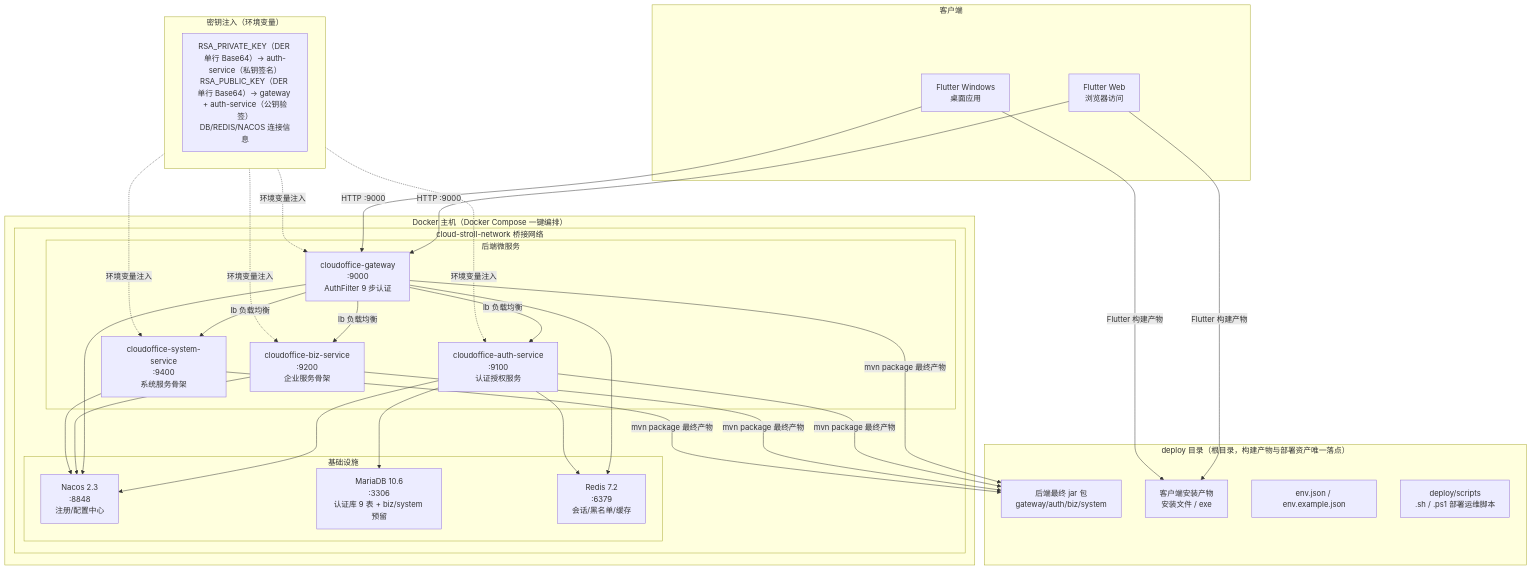
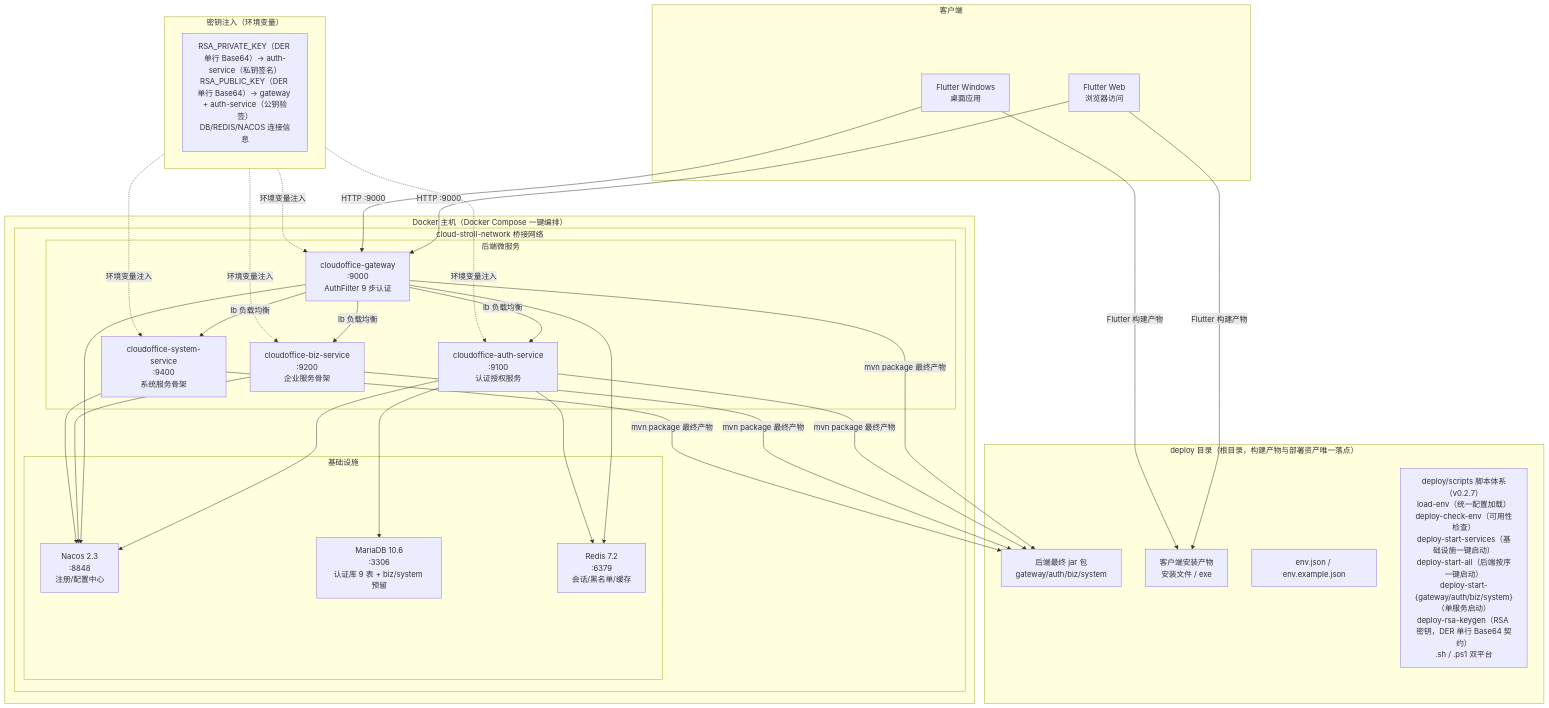
The fourth of 7 diagrams in docs/sad.md (CloudStrolling/CloudStrollOffice), drawn with Mermaid before and after one commit. The commit also changed other lines of this file and 110 other files, not shown here.

````diff
--- a/docs/sad.md
+++ b/docs/sad.md
@@ -153,57 +155,57 @@
 ```mermaid
 flowchart TB
     subgraph DockerHost["Docker 主机（Docker Compose 一键编排）"]
         subgraph Net["cloud-stroll-network 桥接网络"]
             subgraph Infra["基础设施"]
                 N["Nacos 2.3<br/>:8848<br/>注册/配置中心"]
                 M["MariaDB 10.6<br/>:3306<br/>认证库 9 表 + biz/system 预留"]
                 R["Redis 7.2<br/>:6379<br/>会话/黑名单/缓存"]
             end
             subgraph Services["后端微服务"]
                 G["cloudoffice-gateway<br/>:9000<br/>AuthFilter 9 步认证"]
                 A["cloudoffice-auth-service<br/>:9100<br/>认证授权服务"]
                 B["cloudoffice-biz-service<br/>:9200<br/>企业服务骨架"]
                 S["cloudoffice-system-service<br/>:9400<br/>系统服务骨架"]
             end
         end
     end
 
     subgraph Clients["客户端"]
         WEB["Flutter Web<br/>浏览器访问"]
         WIN["Flutter Windows<br/>桌面应用"]
     end
 
     WEB -->|"HTTP :9000"| G
     WIN -->|"HTTP :9000"| G
     G -->|"lb 负载均衡"| A
     G -->|"lb 负载均衡"| B
     G -->|"lb 负载均衡"| S
     A --> M
     G --> R
     A --> R
     A --> N
     G --> N
     B --> N
     S --> N
 
     subgraph Env["密钥注入（环境变量）"]
         K["RSA_PRIVATE_KEY（DER 单行 Base64）→ auth-service（私钥签名）<br/>RSA_PUBLIC_KEY（DER 单行 Base64）→ gateway + auth-service（公钥验签）<br/>DB/REDIS/NACOS 连接信息"]
     end
     Env -.->|"环境变量注入"| G
     Env -.->|"环境变量注入"| A
     Env -.->|"环境变量注入"| B
     Env -.->|"环境变量注入"| S
 
     subgraph Artifacts["deploy 目录（根目录，构建产物与部署资产唯一落点）"]
         JAR["后端最终 jar 包<br/>gateway/auth/biz/system"]
         CLI["客户端安装产物<br/>安装文件 / exe"]
         ENVF["env.json / env.example.json"]
-        SCR["deploy/scripts<br/>.sh / .ps1 部署运维脚本"]
+        SCR["deploy/scripts 脚本体系（v0.2.7）<br/>load-env（统一配置加载）<br/>deploy-check-env（可用性检查）<br/>deploy-start-services（基础设施一键启动）<br/>deploy-start-all（后端按序一键启动）<br/>deploy-start-{gateway/auth/biz/system}（单服务启动）<br/>deploy-rsa-keygen（RSA 密钥，DER 单行 Base64 契约）<br/>.sh / .ps1 双平台"]
     end
     G -->|"mvn package 最终产物"| JAR
     A -->|"mvn package 最终产物"| JAR
     B -->|"mvn package 最终产物"| JAR
     S -->|"mvn package 最终产物"| JAR
     WEB -->|"Flutter 构建产物"| CLI
     WIN -->|"Flutter 构建产物"| CLI
 ```
````
